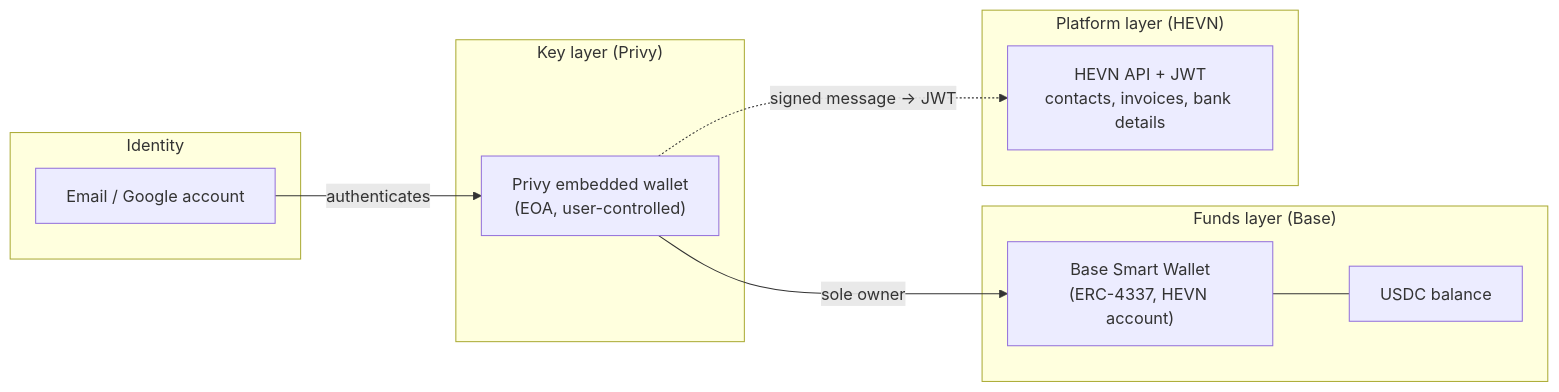
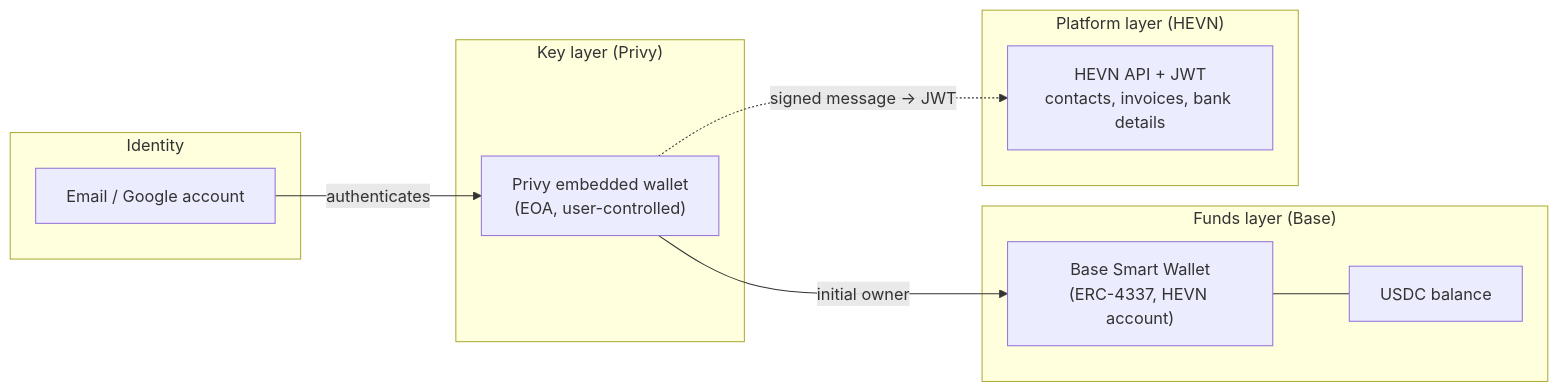
The first of 2 diagrams in general/architecture.mdx (hevn-inc/docs), drawn with Mermaid before and after one commit. The commit also changed other lines of this file and 15 other files, not shown here.

````diff
--- a/general/architecture.mdx
+++ b/general/architecture.mdx
@@ -8,20 +8,20 @@
 ```mermaid
 flowchart LR
     subgraph Identity
         A["Email / Google account"]
     end
     subgraph Keys["Key layer (Privy)"]
         B["Privy embedded wallet<br/>(EOA, user-controlled)"]
     end
     subgraph Funds["Funds layer (Base)"]
         C["Base Smart Wallet<br/>(ERC-4337, HEVN account)"]
         D["USDC balance"]
     end
     subgraph Platform["Platform layer (HEVN)"]
         E["HEVN API + JWT<br/>contacts, invoices, bank details"]
     end
     A -->|"authenticates"| B
-    B -->|"sole owner"| C
+    B -->|"initial owner"| C
     C --- D
     B -.->|"signed message → JWT"| E
 ```
````
